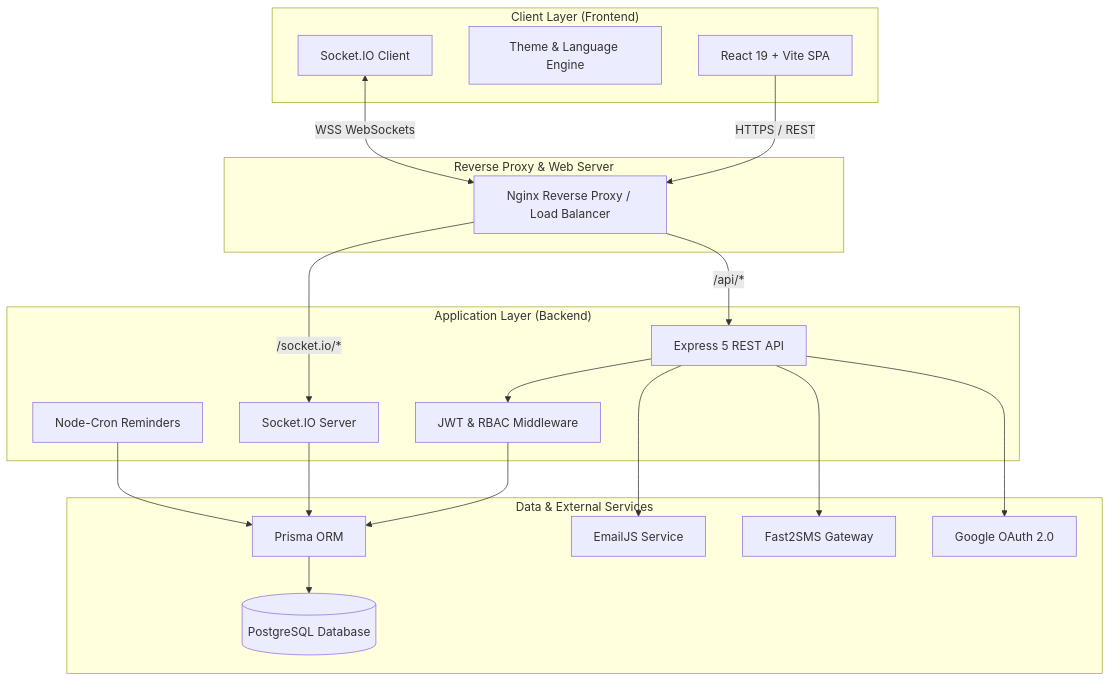
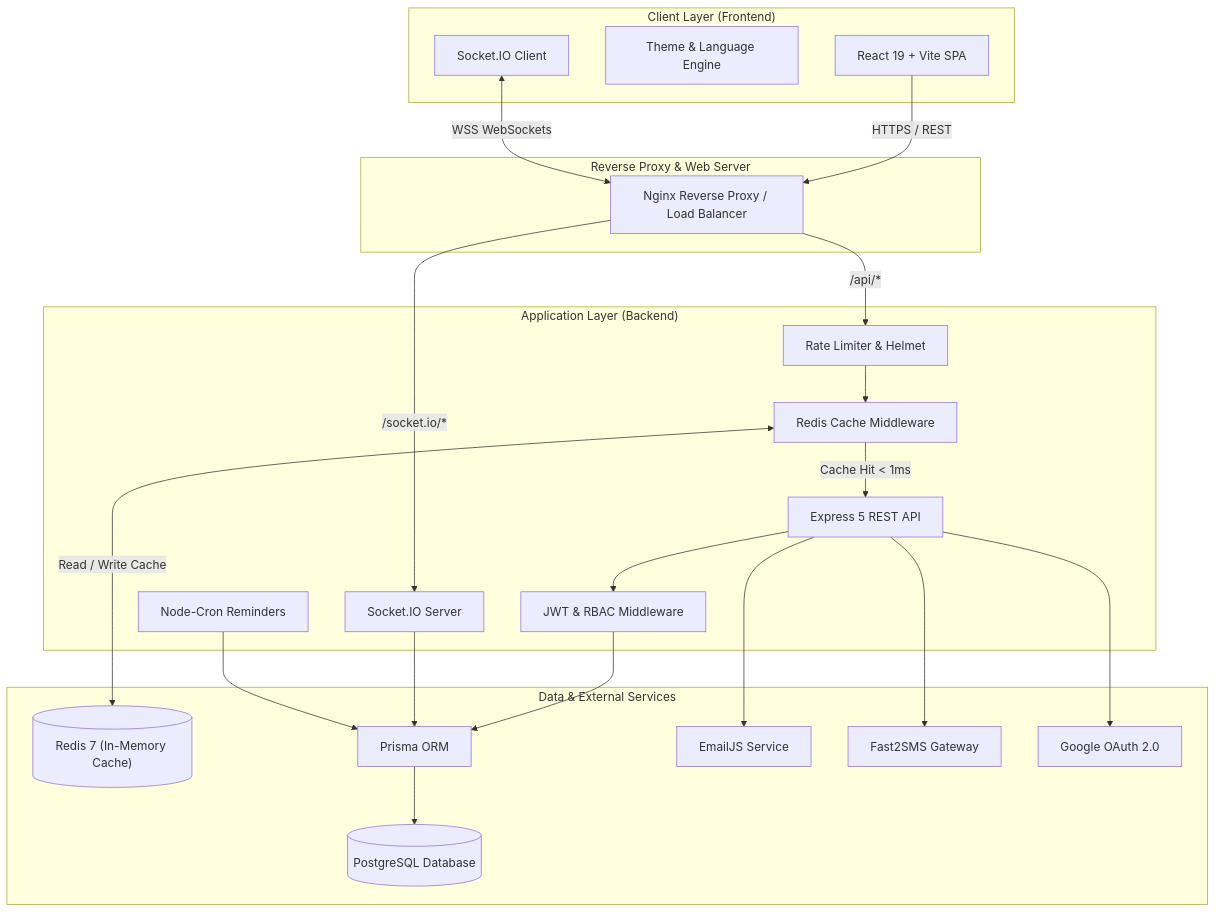
The diagram in README.md (Ankit8810770036/Appointly), drawn with Mermaid before and after one commit. The commit also changed other lines of this file, not shown here.

Commit message:
docs: update README with Redis caching, rate limiting, architecture diagram and endpoints

````diff
--- a/README.md
+++ b/README.md
@@ -58,42 +61,48 @@
 ```mermaid
 flowchart TD
     subgraph ClientLayer ["Client Layer (Frontend)"]
         UI["React 19 + Vite SPA"]
         Theme["Theme & Language Engine"]
         SocketClient["Socket.IO Client"]
     end
 
     subgraph Gateway ["Reverse Proxy & Web Server"]
         Nginx["Nginx Reverse Proxy / Load Balancer"]
     end
 
     subgraph AppLayer ["Application Layer (Backend)"]
         Express["Express 5 REST API"]
+        Cache["Redis Cache Middleware"]
+        RateLimit["Rate Limiter & Helmet"]
         SocketServer["Socket.IO Server"]
         Cron["Node-Cron Reminders"]
         Auth["JWT & RBAC Middleware"]
     end
 
     subgraph DataLayer ["Data & External Services"]
+        Redis[("Redis 7 (In-Memory Cache)")]
         Prisma["Prisma ORM"]
         Postgres[("PostgreSQL Database")]
         EmailJS["EmailJS Service"]
         SMS["Fast2SMS Gateway"]
         GoogleAuth["Google OAuth 2.0"]
     end
 
     UI -->|HTTPS / REST| Nginx
     SocketClient <-->|WSS WebSockets| Nginx
-    Nginx -->|/api/*| Express
+    Nginx -->|/api/*| RateLimit
+    RateLimit --> Cache
+    Cache -->|Cache Hit < 1ms| Express
+    Cache <-->|Read / Write Cache| Redis
     Nginx -->|/socket.io/*| SocketServer
 
     Express --> Auth
     Auth --> Prisma
     SocketServer --> Prisma
     Cron --> Prisma
 
     Prisma --> Postgres
     Express --> EmailJS
     Express --> SMS
     Express --> GoogleAuth
 ```
````
